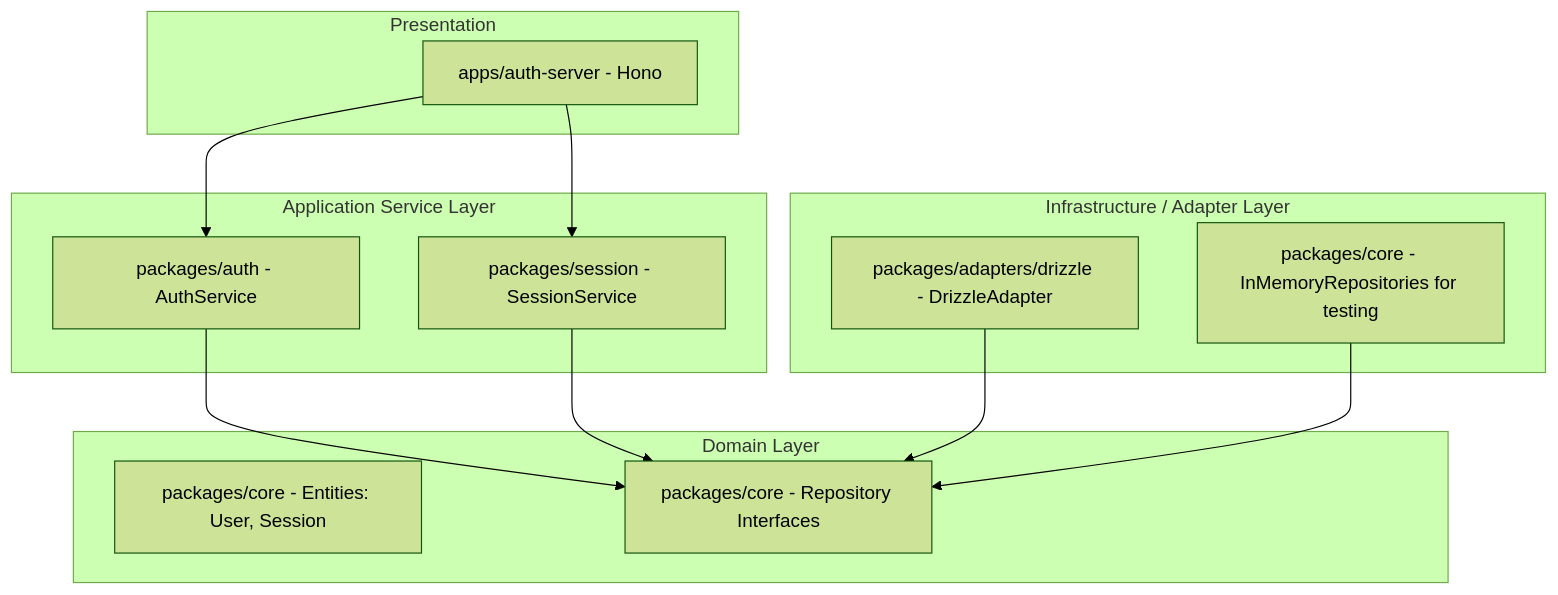
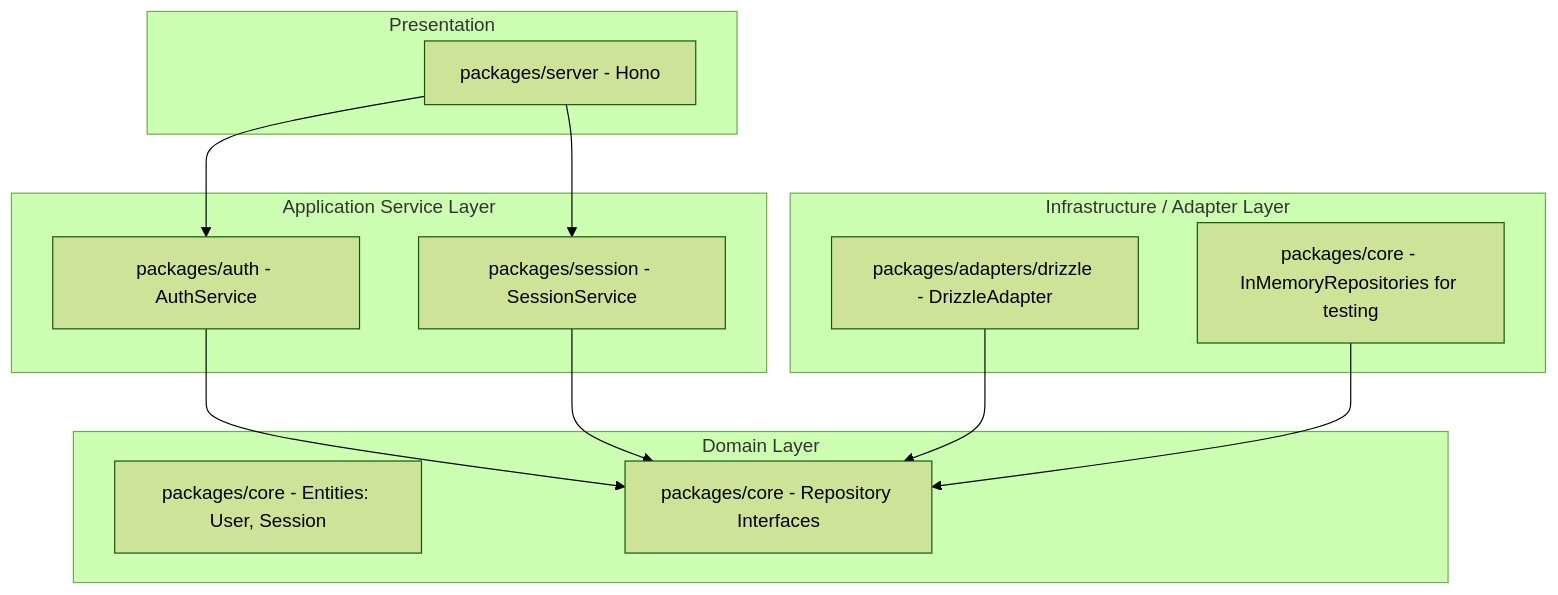
The diagram in docs/ARCHITECTURE.md (sujithx1/auth-gate), drawn with Mermaid (forest theme) before and after one commit. The commit also changed other lines of this file and 15 other files, not shown here.

````diff
--- a/docs/ARCHITECTURE.md
+++ b/docs/ARCHITECTURE.md
@@ -11,28 +11,28 @@
 ```mermaid
 graph TD
     subgraph Presentation
-        Server[apps/auth-server - Hono]
+        Server[packages/server - Hono]
     end
 
     subgraph Application Service Layer
         AuthSvc[packages/auth - AuthService]
         SessionSvc[packages/session - SessionService]
     end
 
     subgraph Domain Layer
         Entities[packages/core - Entities: User, Session]
         RepoInterfaces[packages/core - Repository Interfaces]
     end
 
     subgraph Infrastructure / Adapter Layer
         Drizzle[packages/adapters/drizzle - DrizzleAdapter]
         InMemory[packages/core - InMemoryRepositories for testing]
     end
 
     Server --> AuthSvc
     Server --> SessionSvc
     AuthSvc --> RepoInterfaces
     SessionSvc --> RepoInterfaces
     Drizzle --> RepoInterfaces
     InMemory --> RepoInterfaces
 ```
````
